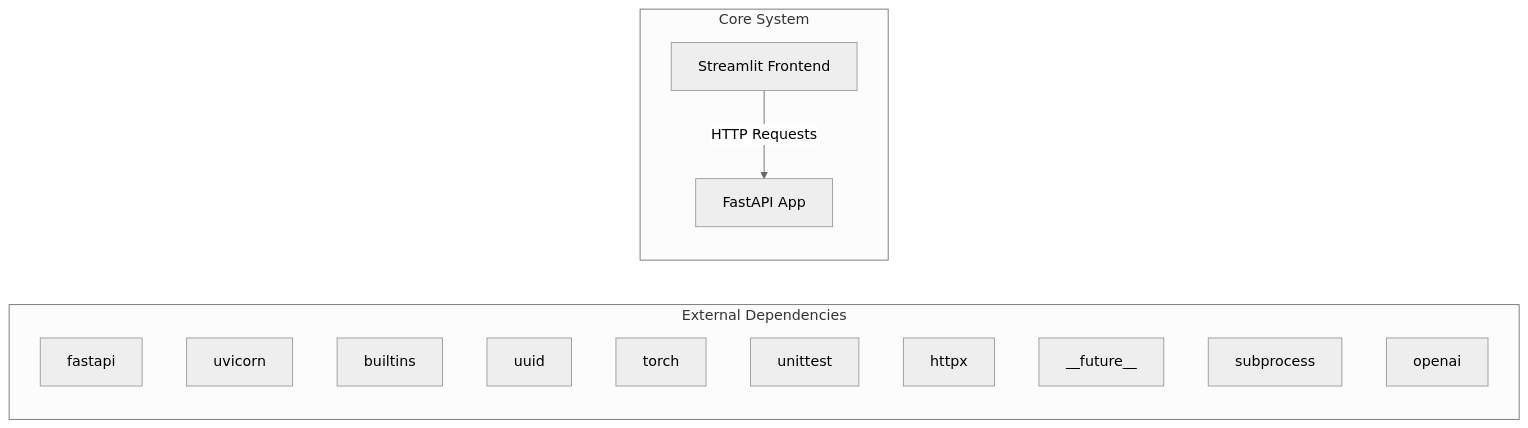
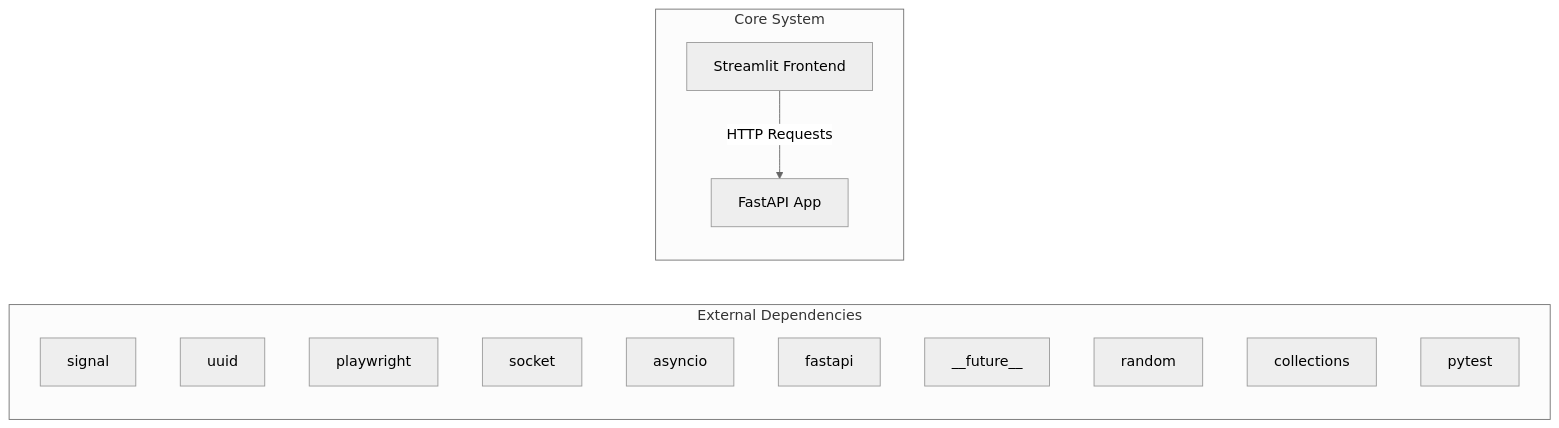
One commit to NITISH-R-G/rag-context-optimizer changed the first of 2 diagrams in docs/architecture.md. Above: the diagram before and after it, drawn with Mermaid (neutral theme). The commit also changed other lines of this file and 1 other file, not shown here.

Commit message:
docs: auto-update repository knowledge, architecture diagrams, and documentation

````diff
--- a/docs/architecture.md
+++ b/docs/architecture.md
@@ -7,20 +7,20 @@
 ```mermaid
 graph LR
     subgraph External Dependencies
-        E0["fastapi"]
-        E1["uvicorn"]
-        E2["builtins"]
-        E3["uuid"]
-        E4["torch"]
-        E5["unittest"]
-        E6["httpx"]
-        E7["__future__"]
-        E8["subprocess"]
-        E9["openai"]
+        E0["signal"]
+        E1["uuid"]
+        E2["playwright"]
+        E3["socket"]
+        E4["asyncio"]
+        E5["fastapi"]
+        E6["__future__"]
+        E7["random"]
+        E8["collections"]
+        E9["pytest"]
     end
     subgraph Core System
         API["FastAPI App"]
         UI["Streamlit Frontend"]
     end
     UI -->|HTTP Requests| API
 ```
````
